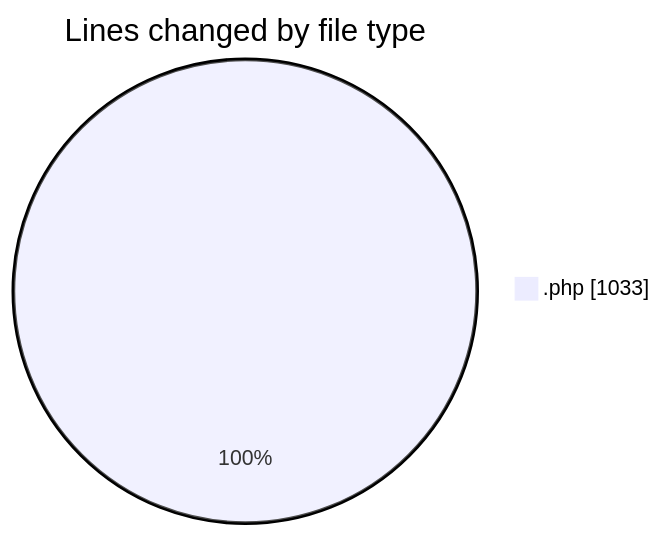
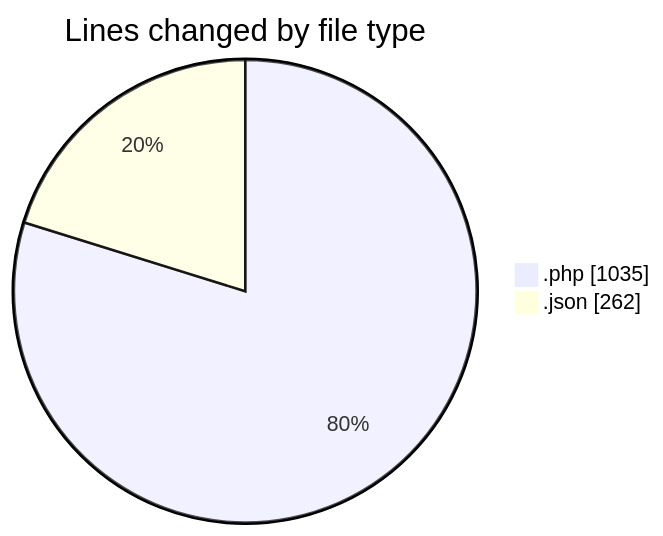
Before and after one commit to idhammustaqopulfikri/code-tracking: the first of 2 diagrams in 2025-11-11/futsal/README.md, drawn with Mermaid. The commit also changed other lines of this file and 1 other file, not shown here.

````diff
--- a/2025-11-11/futsal/README.md
+++ b/2025-11-11/futsal/README.md
@@ -34,5 +35,6 @@
 ```mermaid
 pie showData
 title Lines changed by file type
-".php" : 1033
+".php" : 1035
+".json" : 262
 ```
````
